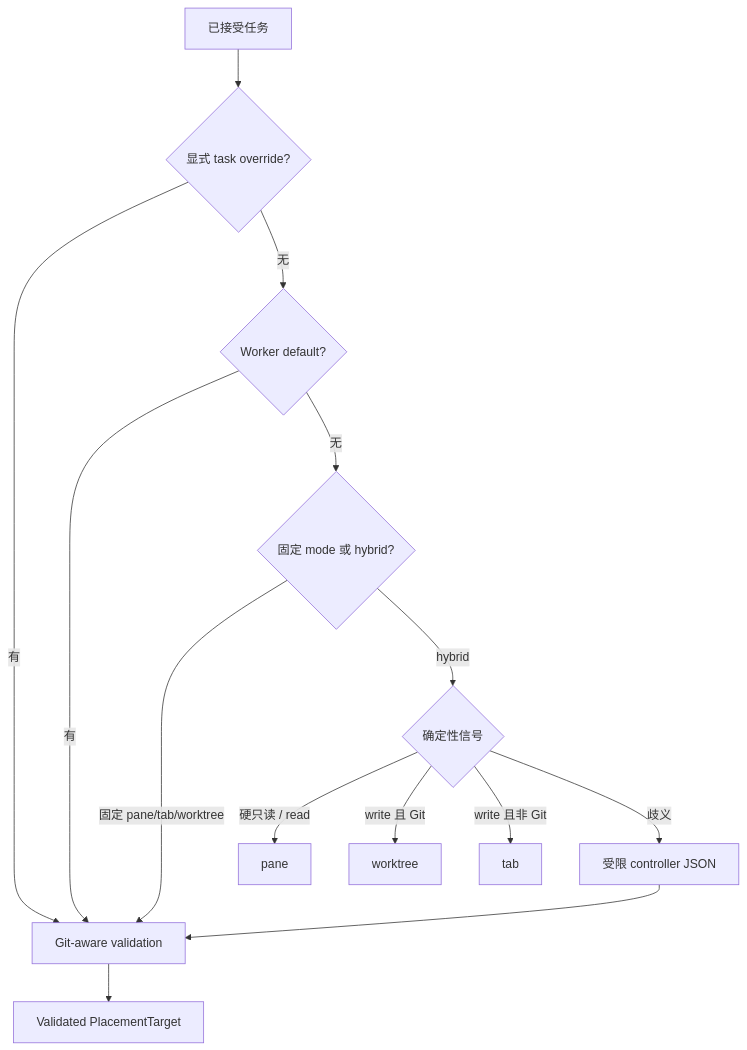
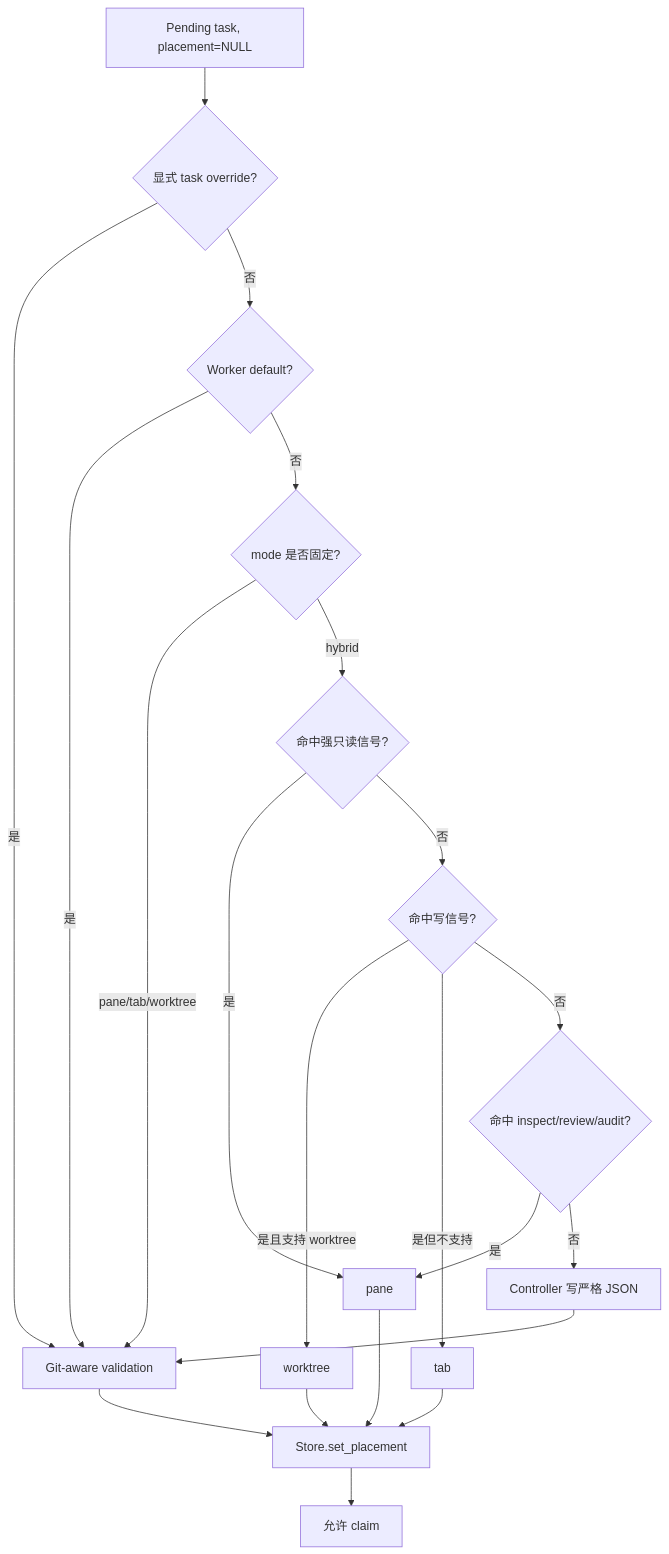
The diagram in droid-wiki/features/topology-aware-dispatch.md (oldwinter/herdr-orchestrator), drawn with Mermaid before and after one commit. The commit also changed other lines of this file and 62 other files, not shown here.

````diff
--- a/droid-wiki/features/topology-aware-dispatch.md
+++ b/droid-wiki/features/topology-aware-dispatch.md
@@ -8,16 +43,23 @@
 ```mermaid
 flowchart TD
-    Task[已接受任务] --> Override{显式 task override?}
-    Override -->|有| Validate[Git-aware validation]
-    Override -->|无| Worker{Worker default?}
-    Worker -->|有| Validate
-    Worker -->|无| Mode{固定 mode 或 hybrid?}
-    Mode -->|固定 pane/tab/worktree| Validate
-    Mode -->|hybrid| Rules{确定性信号}
-    Rules -->|硬只读 / read| Pane[pane]
-    Rules -->|write 且 Git| Worktree[worktree]
-    Rules -->|write 且非 Git| Tab[tab]
-    Rules -->|歧义| Controller[受限 controller JSON]
-    Controller --> Validate
-    Validate --> Target[Validated PlacementTarget]
+    A[Pending task, placement=NULL] --> B{显式 task override?}
+    B -->|是| V[Git-aware validation]
+    B -->|否| C{Worker default?}
+    C -->|是| V
+    C -->|否| D{mode 是否固定?}
+    D -->|pane/tab/worktree| V
+    D -->|hybrid| E{命中强只读信号?}
+    E -->|是| P[pane]
+    E -->|否| F{命中写信号?}
+    F -->|是且支持 worktree| W[worktree]
+    F -->|是但不支持| T[tab]
+    F -->|否| G{命中 inspect/review/audit?}
+    G -->|是| P
+    G -->|否| H[Controller 写严格 JSON]
+    H --> V
+    P --> S[Store.set_placement]
+    W --> S
+    T --> S
+    V --> S
+    S --> Q[允许 claim]
 ```
````
